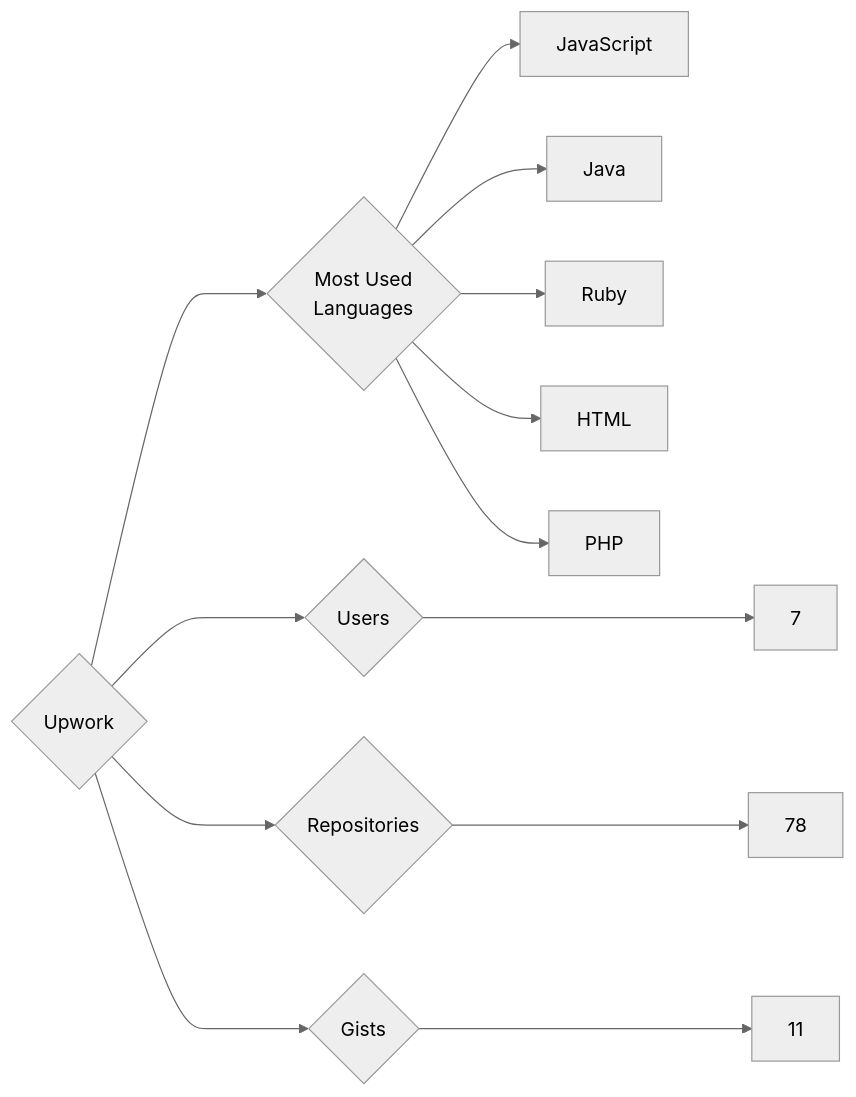
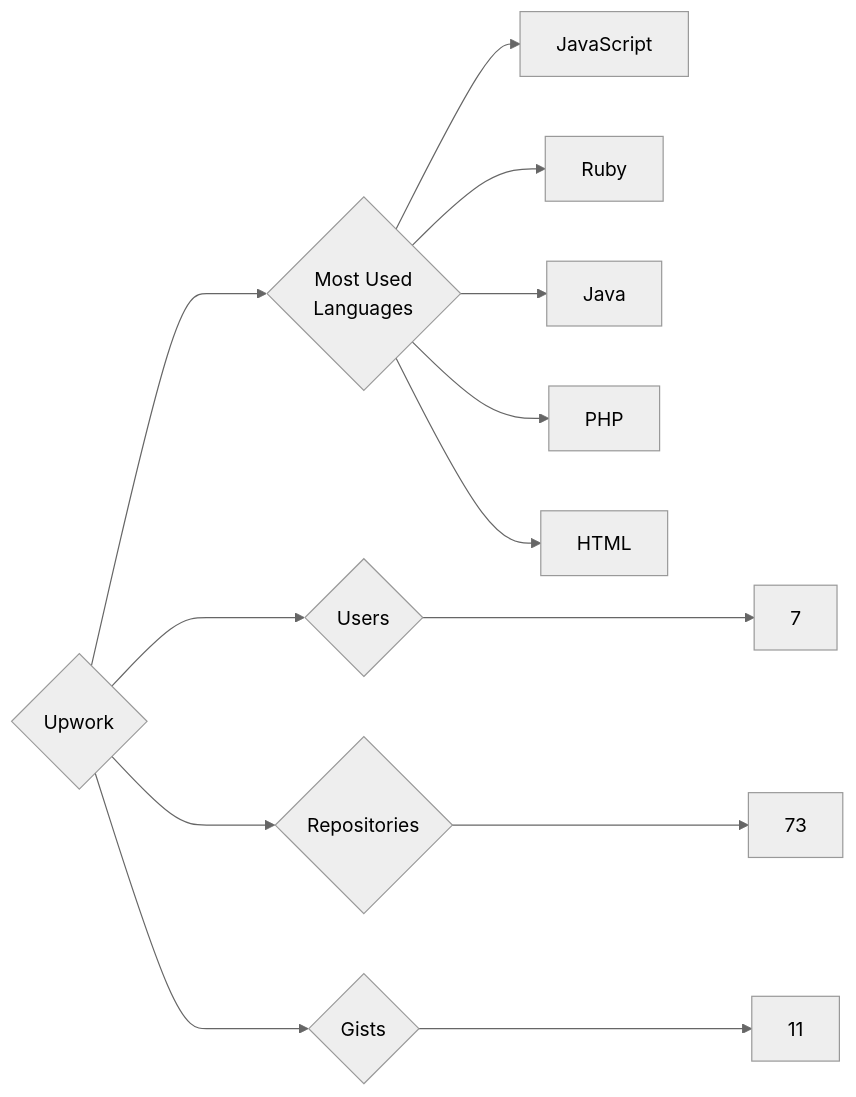
One commit to trickest/insiders changed the diagram in targets/Upwork/README.md. Above: the diagram before and after it, drawn with Mermaid (neutral theme). The commit also changed 1389 other files, not shown here.

````diff
--- a/targets/Upwork/README.md
+++ b/targets/Upwork/README.md
@@ -3,13 +3,13 @@
 ```mermaid
 graph LR
 COMPANY_NAME{Upwork}
 COMPANY_NAME ---> U{Users} ---> UN[7]
-COMPANY_NAME ---> R{Repositories} ---> RN[78]
+COMPANY_NAME ---> R{Repositories} ---> RN[73]
 COMPANY_NAME ---> G{Gists} ---> GN[11]
 COMPANY_NAME ---> ML{Most Used<br>Languages}
 ML --> JavaScript[JavaScript]
+ML --> Ruby[Ruby]
 ML --> Java[Java]
-ML --> Ruby[Ruby]
+ML --> PHP[PHP]
 ML --> HTML[HTML]
-ML --> PHP[PHP]
 ```
````
